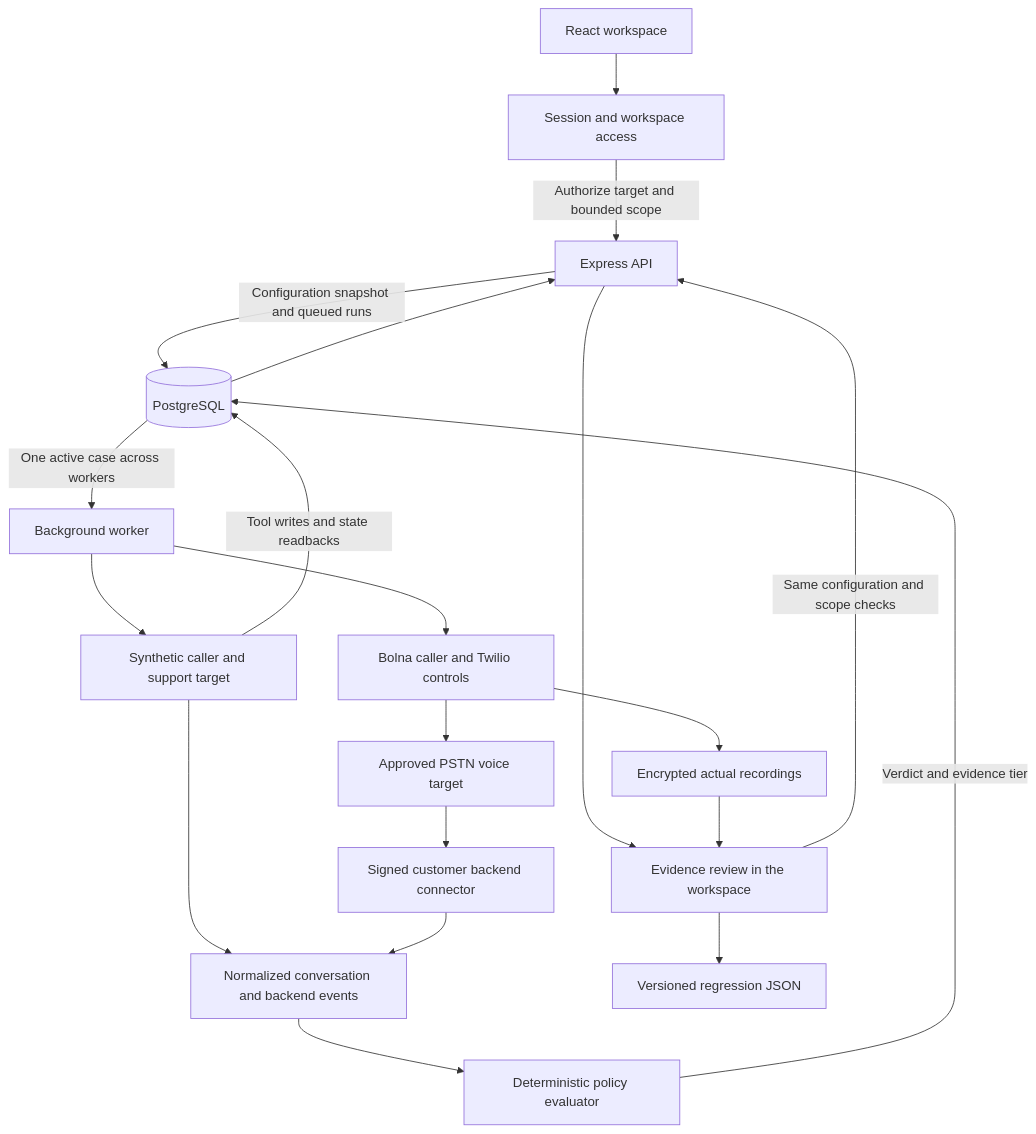
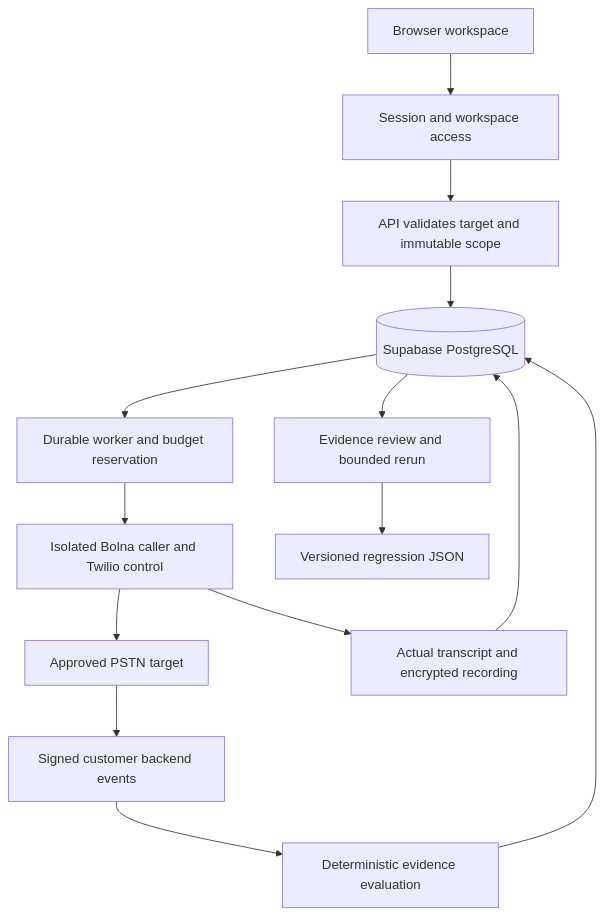
The diagram in README.md (MokiMeow/Vouch), drawn with Mermaid before and after one commit. The commit also changed other lines of this file and 17 other files, not shown here.

````diff
--- a/README.md
+++ b/README.md
@@ -95,22 +87,16 @@
 ```mermaid
 flowchart TD
-    UI[React workspace] --> Auth[Session and workspace access]
-    Auth -->|Authorize target and bounded scope| API[Express API]
-    API -->|Configuration snapshot and queued runs| DB[(PostgreSQL)]
-    DB -->|One active case across workers| Worker[Background worker]
-    Worker --> Fixture[Synthetic caller and support target]
-    Fixture -->|Tool writes and state readbacks| DB
-    Fixture --> Evidence[Normalized conversation and backend events]
-    Evidence --> Evaluate[Deterministic policy evaluator]
-    Evaluate -->|Verdict and evidence tier| DB
-    DB --> API
-    API --> Review[Evidence review in the workspace]
+    UI[Browser workspace] --> Access[Session and workspace access]
+    Access --> API[API validates target and immutable scope]
+    API --> DB[(Supabase PostgreSQL)]
+    DB --> Worker[Durable worker and budget reservation]
+    Worker --> Caller[Isolated Bolna caller and Twilio control]
+    Caller --> Target[Approved PSTN target]
+    Target --> Connector[Signed customer backend events]
+    Connector --> Evaluate[Deterministic evidence evaluation]
+    Caller --> Media[Actual transcript and encrypted recording]
+    Evaluate --> DB
+    Media --> DB
+    DB --> Review[Evidence review and bounded rerun]
     Review --> Export[Versioned regression JSON]
-    Review -->|Same configuration and scope checks| API
-    Worker --> Live[Bolna caller and Twilio controls]
-    Live --> Target[Approved PSTN voice target]
-    Target --> Connector[Signed customer backend connector]
-    Connector --> Evidence
-    Live --> Archive[Encrypted actual recordings]
-    Archive --> Review
 ```
````
